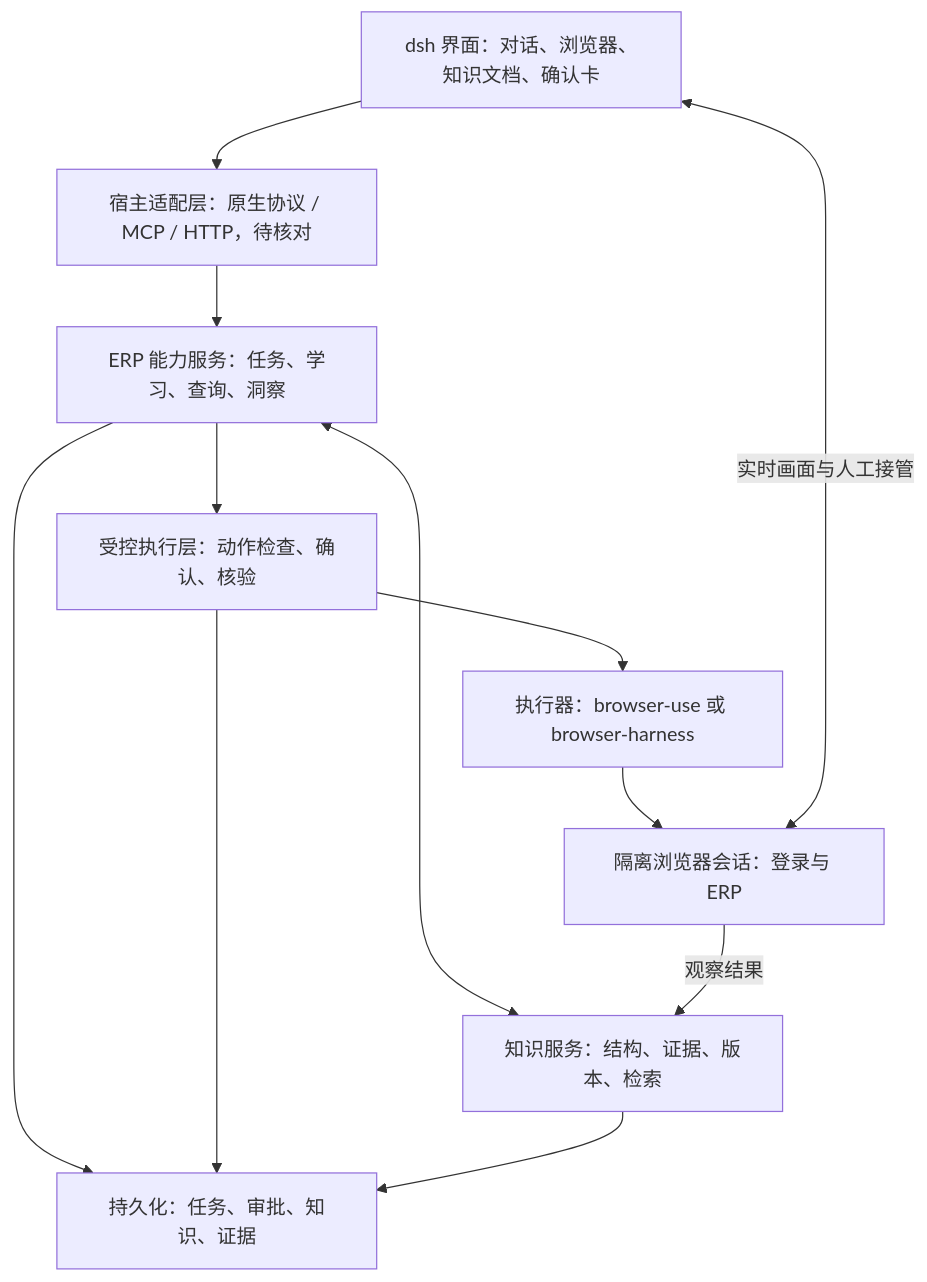
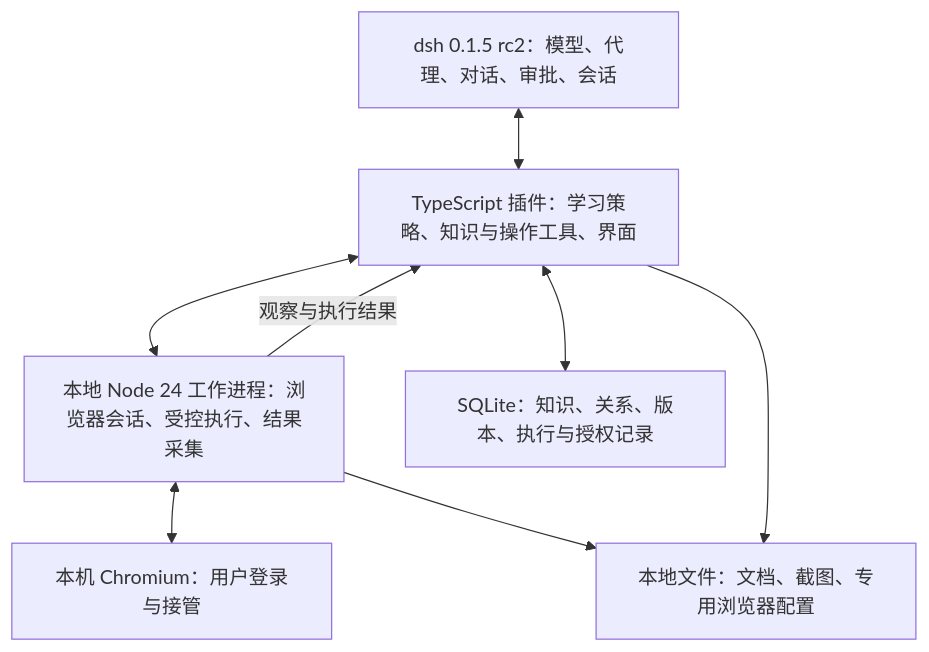
The diagram in docs/v1-plan.md (GuoMonth/dsh-erp), drawn with Mermaid before and after one commit. The commit also changed other lines of this file and 2 other files, not shown here.

Commit message:
docs: adopt effect-first local Node 24 and SQLite architecture

````diff
--- a/docs/v1-plan.md
+++ b/docs/v1-plan.md
@@ -22,19 +30,16 @@
 ```mermaid
 flowchart TB
-    UI["dsh 界面：对话、浏览器、知识文档、确认卡"]
-    Adapter["宿主适配层：原生协议 / MCP / HTTP，待核对"]
-    Service["ERP 能力服务：任务、学习、查询、洞察"]
-    Knowledge["知识服务：结构、证据、版本、检索"]
-    Gate["受控执行层：动作检查、确认、核验"]
-    Driver["执行器：browser-use 或 browser-harness"]
-    Browser["隔离浏览器会话：登录与 ERP"]
-    Store["持久化：任务、审批、知识、证据"]
-    UI --> Adapter --> Service
-    Service <--> Knowledge
-    Service --> Gate --> Driver --> Browser
-    Browser -->|观察结果| Knowledge
-    Service --> Store
-    Gate --> Store
-    Knowledge --> Store
-    UI <-->|实时画面与人工接管| Browser
+    D["dsh 0.1.5 rc2：模型、代理、对话、审批、会话"]
+    P["TypeScript 插件：学习策略、知识与操作工具、界面"]
+    W["本地 Node 24 工作进程：浏览器会话、受控执行、结果采集"]
+    B["本机 Chromium：用户登录与接管"]
+    K["SQLite：知识、关系、版本、执行与授权记录"]
+    F["本地文件：文档、截图、专用浏览器配置"]
+    D <--> P
+    P <--> W
+    W <--> B
+    P <--> K
+    W -->|观察与执行结果| P
+    W --> F
+    P --> F
 ```
````
